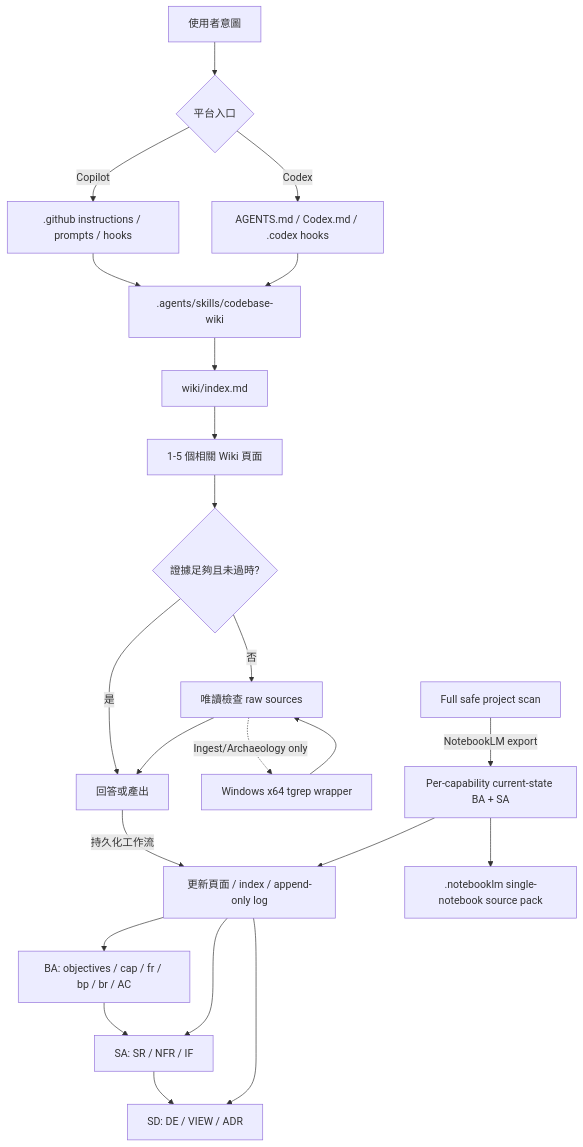
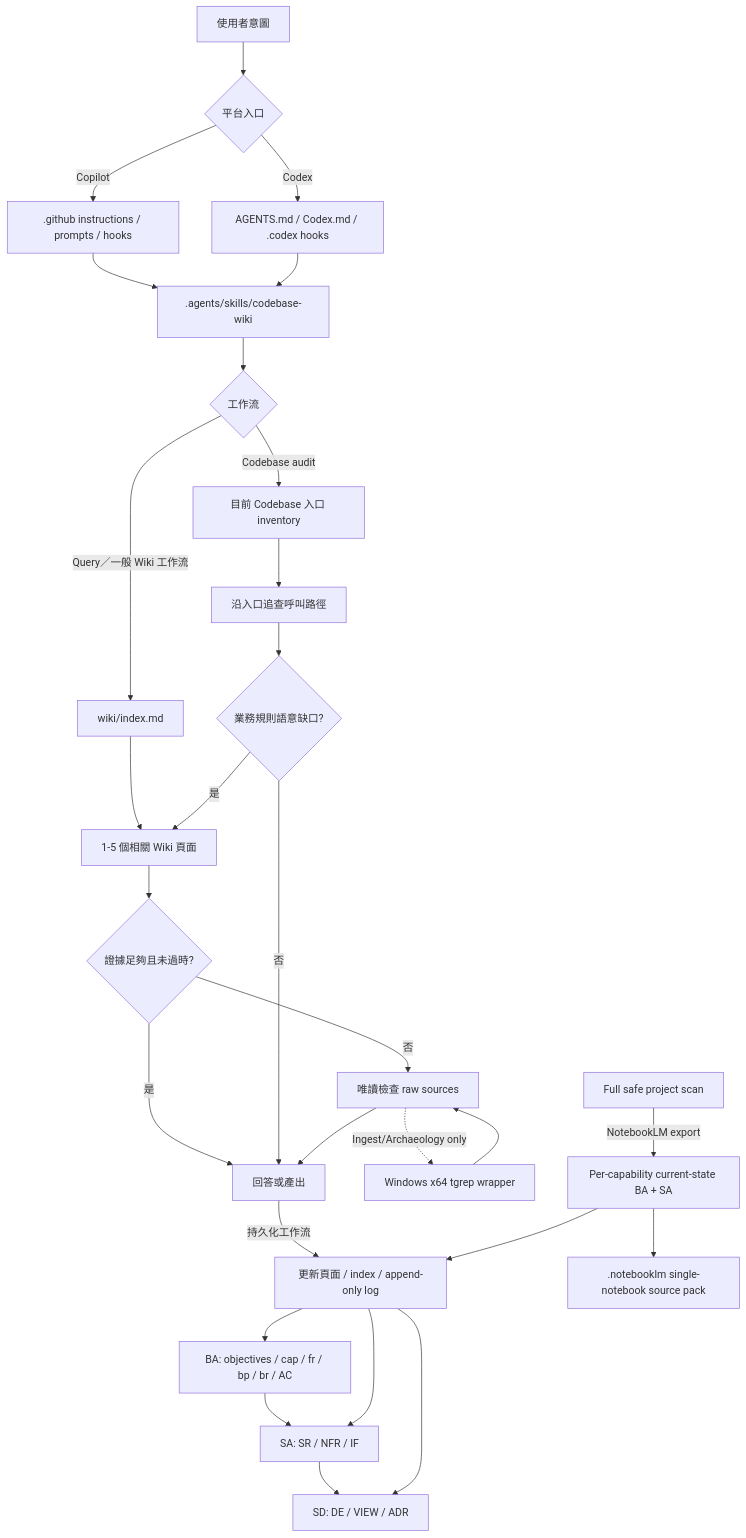
Before and after one commit to dennis8499/code-base-llm-wiki: the diagram in docs/product/architecture/README.md, drawn with Mermaid. The commit also changed other lines of this file and 30 other files, not shown here.

First line of the commit message:
feat: 更新 Codebase 健檢流程為 source-first，並強調 Wiki 僅作為補充

````diff
--- a/docs/product/architecture/README.md
+++ b/docs/product/architecture/README.md
@@ -13,25 +13,31 @@
 ```mermaid
 flowchart TB
     User[使用者意圖] --> Entry{平台入口}
     Entry -->|Copilot| GH[.github instructions / prompts / hooks]
     Entry -->|Codex| CX[AGENTS.md / Codex.md / .codex hooks]
     GH --> Skill[.agents/skills/codebase-wiki]
     CX --> Skill
-    Skill --> Index[wiki/index.md]
+    Skill --> Route{工作流}
+    Route -->|Query／一般 Wiki 工作流| Index[wiki/index.md]
     Index --> Pages[1-5 個相關 Wiki 頁面]
     Pages --> Enough{證據足夠且未過時?}
     Enough -->|是| Result[回答或產出]
     Enough -->|否| Sources[唯讀檢查 raw sources]
+    Route -->|Codebase audit| Inventory[目前 Codebase 入口 inventory]
+    Inventory --> Trace[沿入口追查呼叫路徑]
+    Trace --> AuditGap{業務規則語意缺口?}
+    AuditGap -->|是| Pages
+    AuditGap -->|否| Result
     Sources -.->|Ingest/Archaeology only| Tgrep[Windows x64 tgrep wrapper]
     Tgrep --> Sources
     Sources --> Result
     Result -->|持久化工作流| Wiki[更新頁面 / index / append-only log]
     BA[BA: objectives / cap / fr / bp / br / AC] --> SA[SA: SR / NFR / IF]
     SA --> SD[SD: DE / VIEW / ADR]
     Wiki --> BA
     Wiki --> SA
     Wiki --> SD
     Project[Full safe project scan] -->|NotebookLM export| Docs[Per-capability current-state BA + SA]
     Docs --> Wiki
     Docs --> Pack[.notebooklm single-notebook source pack]
 ```
````
